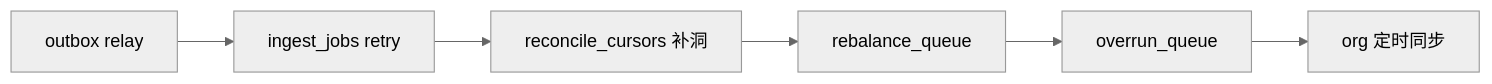
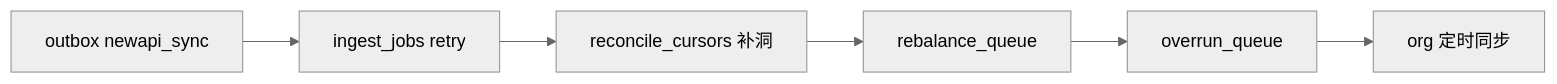
One commit to quyip8818/mytokenjoy changed the fifth of 6 diagrams in docs/Backend-架构.md. Above: the diagram before and after it, drawn with Mermaid (neutral theme). The commit also changed other lines of this file and 169 other files, not shown here.

````diff
--- a/docs/Backend-架构.md
+++ b/docs/Backend-架构.md
@@ -340,8 +340,8 @@
 ```mermaid
 flowchart LR
-  A[outbox relay] --> B[ingest_jobs retry]
+  A[outbox newapi_sync] --> B[ingest_jobs retry]
   B --> C[reconcile_cursors 补洞]
   C --> D[rebalance_queue]
   D --> E[overrun_queue]
   E --> F[org 定时同步]
 ```
````
